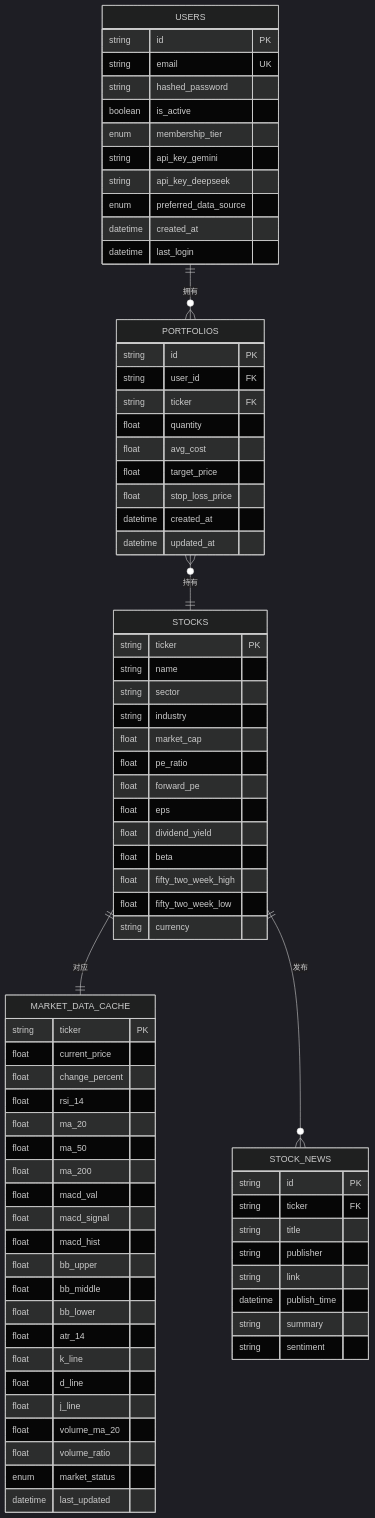
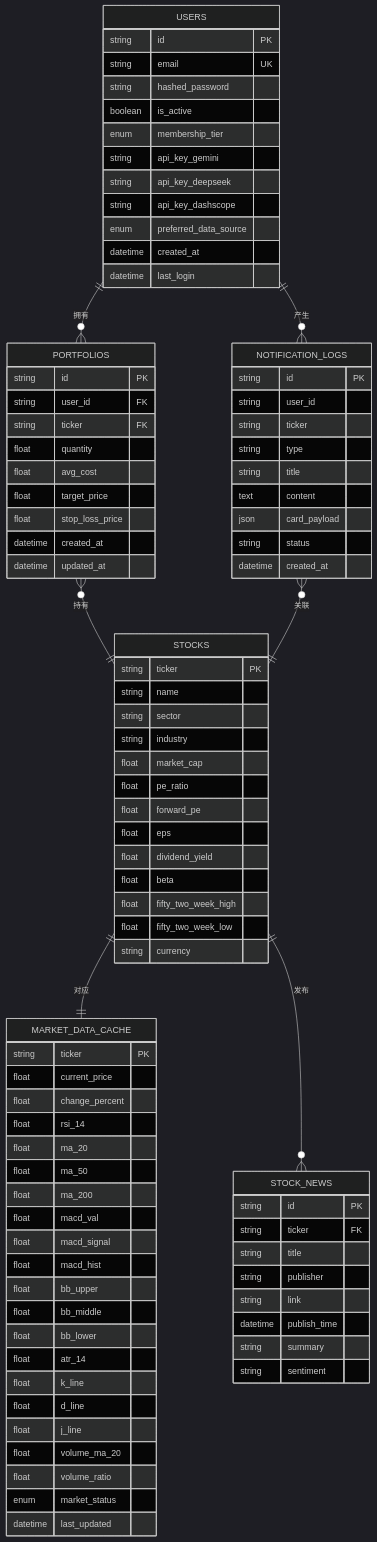
Before and after one commit to breeze-lyf/ai-stock-advisor: the ninth of 10 diagrams in .qoder/repowiki/zh/content/系统架构/后端架构.md, drawn with Mermaid (dark theme). The commit also changed other lines of this file and 52 other files, not shown here.

Commit message:
Remove Alpha Vantage provider, enhance Akshare with retry and forced proxy for reliable market data, and introduce user notification settings with corresponding database migrations and frontend updates.

````diff
--- a/.qoder/repowiki/zh/content/系统架构/后端架构.md
+++ b/.qoder/repowiki/zh/content/系统架构/后端架构.md
@@ -342,6 +467,7 @@
 enum membership_tier
 string api_key_gemini
 string api_key_deepseek
+string api_key_dashscope
 enum preferred_data_source
 datetime created_at
 datetime last_login
@@ -405,8 +531,21 @@
 string summary
 string sentiment
 }
+NOTIFICATION_LOGS {
+string id PK
+string user_id
+string ticker
+string type
+string title
+text content
+json card_payload
+string status
+datetime created_at
+}
 USERS ||--o{ PORTFOLIOS : "拥有"
 STOCKS ||--|| MARKET_DATA_CACHE : "对应"
 STOCKS ||--o{ STOCK_NEWS : "发布"
 PORTFOLIOS }o--|| STOCKS : "持有"
+USERS ||--o{ NOTIFICATION_LOGS : "产生"
+NOTIFICATION_LOGS }o--|| STOCKS : "关联"
 ```
````
